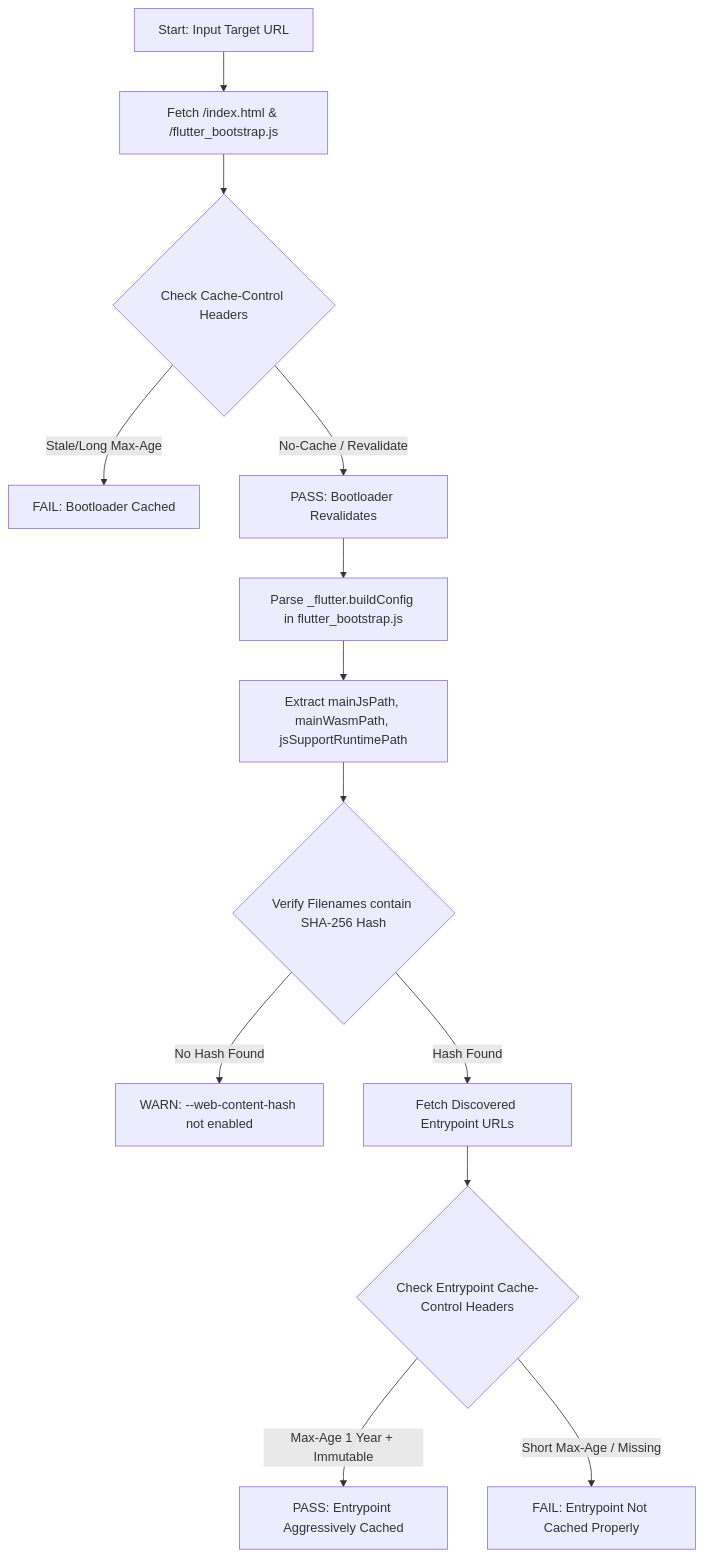
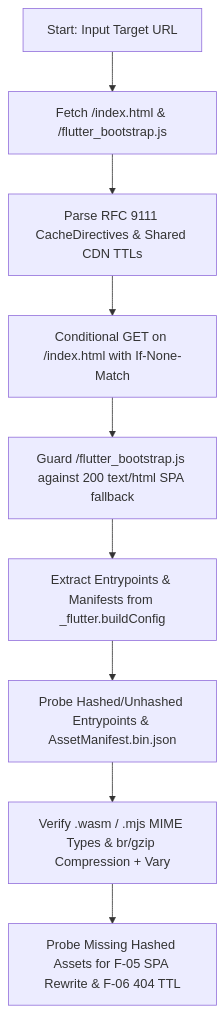
One commit to kevmoo/flutter_web_cache_check changed the diagram in docs/design.md. Above: the diagram before and after it, drawn with Mermaid. The commit also changed other lines of this file and 9 other files, not shown here.

````diff
--- a/docs/design.md
+++ b/docs/design.md
@@ -70,15 +92,11 @@
 ```mermaid
 flowchart TD
     A[Start: Input Target URL] --> B[Fetch /index.html & /flutter_bootstrap.js]
-    B --> C{Check Cache-Control Headers}
-    C -- Stale/Long Max-Age --> D[FAIL: Bootloader Cached]
-    C -- No-Cache / Revalidate --> E[PASS: Bootloader Revalidates]
-    E --> F[Parse _flutter.buildConfig in flutter_bootstrap.js]
-    F --> G[Extract mainJsPath, mainWasmPath, jsSupportRuntimePath]
-    G --> H{Verify Filenames contain SHA-256 Hash}
-    H -- No Hash Found --> I[WARN: --web-content-hash not enabled]
-    H -- Hash Found --> J[Fetch Discovered Entrypoint URLs]
-    J --> K{Check Entrypoint Cache-Control Headers}
-    K -- Max-Age 1 Year + Immutable --> L[PASS: Entrypoint Aggressively Cached]
-    K -- Short Max-Age / Missing --> M[FAIL: Entrypoint Not Cached Properly]
+    B --> C[Parse RFC 9111 CacheDirectives & Shared CDN TTLs]
+    C --> D[Conditional GET on /index.html with If-None-Match]
+    D --> E[Guard /flutter_bootstrap.js against 200 text/html SPA fallback]
+    E --> F[Extract Entrypoints & Manifests from _flutter.buildConfig]
+    F --> G[Probe Hashed/Unhashed Entrypoints & AssetManifest.bin.json]
+    G --> H[Verify .wasm / .mjs MIME Types & br/gzip Compression + Vary]
+    H --> I[Probe Missing Hashed Assets for F-05 SPA Rewrite & F-06 404 TTL]
 ```
````
